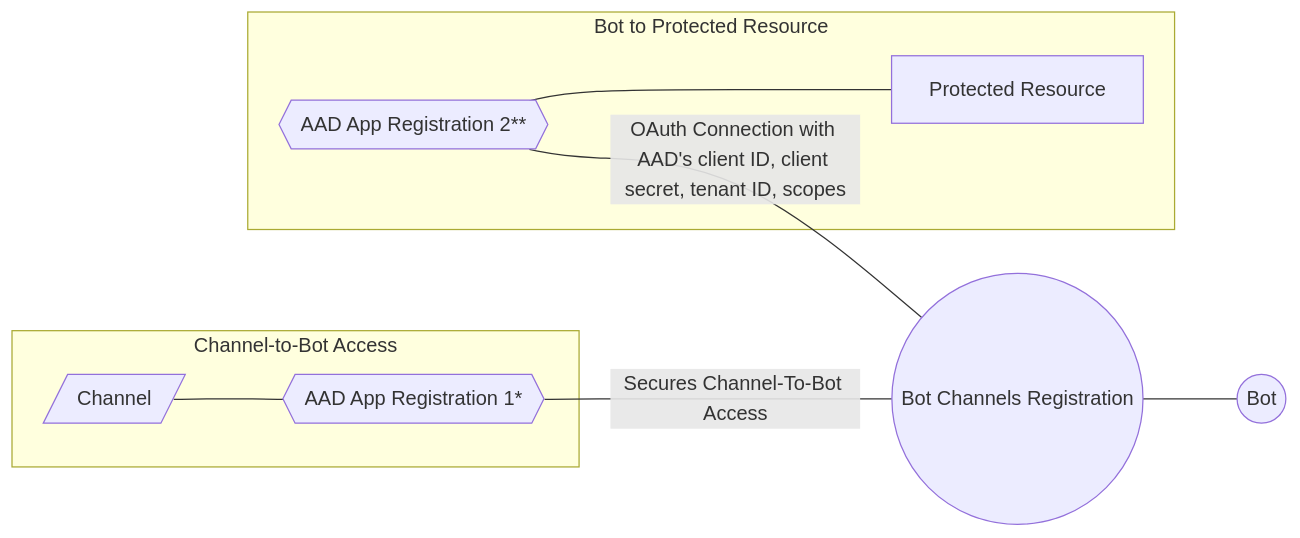
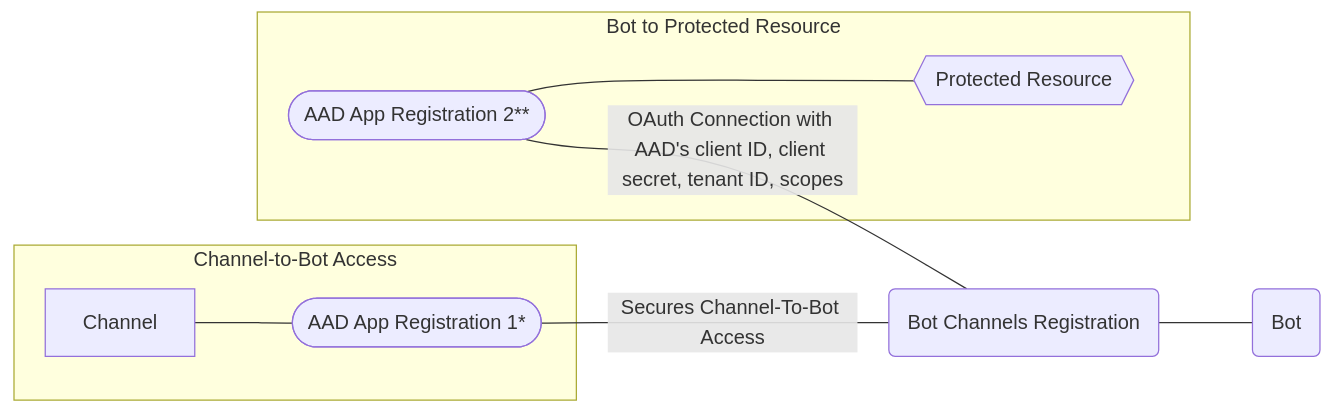
Before and after one commit to Zerryth/Mermaid: the diagram in MarkdownFiles/Authentication/DetailedViewAddAuthToYourBotViaABS.md, drawn with Mermaid. The commit also changed 42 other files, not shown here.

````diff
--- a/MarkdownFiles/Authentication/DetailedViewAddAuthToYourBotViaABS.md
+++ b/MarkdownFiles/Authentication/DetailedViewAddAuthToYourBotViaABS.md
@@ -1,16 +1,16 @@
 ```mermaid
     graph LR
     
     subgraph Channel-to-Bot Access
-        Channel[/Channel/] --- AAD1{{AAD App Registration 1*}}
+        Channel --- AAD1([AAD App Registration 1*])
     end
-    AAD1 -- Secures Channel-To-Bot Access --- BotChannelsRegistration((Bot Channels Registration))
-    
+    AAD1 -- Secures Channel-To-Bot Access --- BotChannelsRegistration(Bot Channels Registration)
+
     subgraph Bot to Protected Resource
-        AAD2{{AAD App Registration 2**}} --- ProtectedResource[Protected Resource]
+        AAD2([AAD App Registration 2**]) --- ProtectedResource{{Protected Resource}}
     end
     AAD2 -- OAuth Connection with AAD's client ID, client secret, tenant ID, scopes --- BotChannelsRegistration
 
-    BotChannelsRegistration --- Bot((Bot))
+    BotChannelsRegistration --- Bot(Bot)
 
 ```
````
